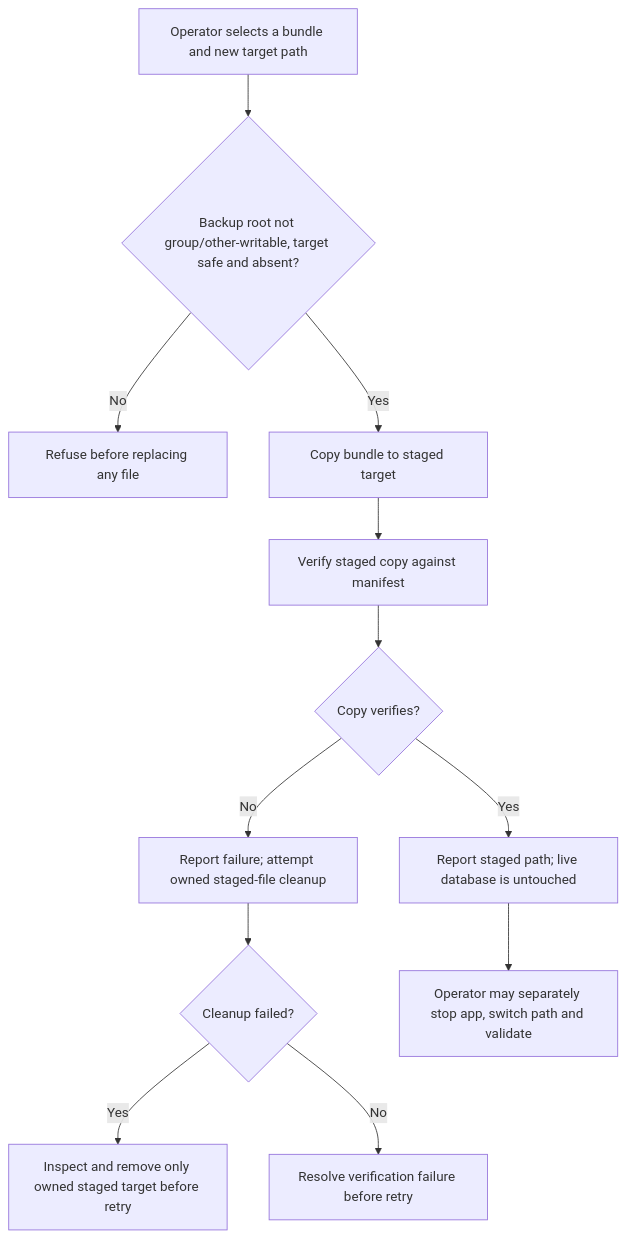
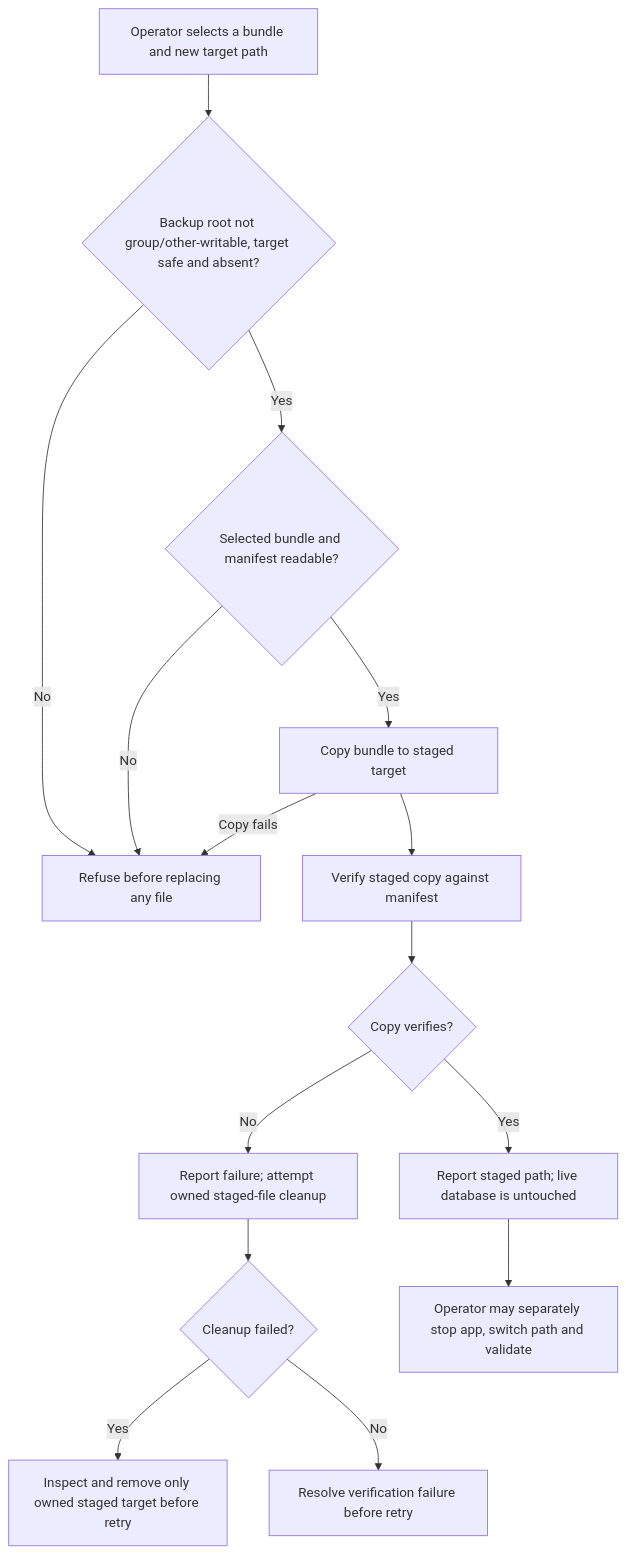
Before and after one commit to Kevinjohn/oss-adonisjs-sqlite-backup: the first of 2 diagrams in user-stories/prepare-restore/us-op-04-prepare-restore.md, drawn with Mermaid. The commit also changed other lines of this file and 12 other files, not shown here.

````diff
--- a/user-stories/prepare-restore/us-op-04-prepare-restore.md
+++ b/user-stories/prepare-restore/us-op-04-prepare-restore.md
@@ -28,14 +30,17 @@
 ```mermaid
 flowchart TD
     A["Operator selects a bundle and new target path"] --> B{"Backup root not group/other-writable, target safe and absent?"}
     B -->|No| C["Refuse before replacing any file"]
-    B -->|Yes| D["Copy bundle to staged target"]
+    B -->|Yes| S{"Selected bundle and manifest readable?"}
+    S -->|No| C
+    S -->|Yes| D["Copy bundle to staged target"]
+    D -->|Copy fails| C
     D --> E["Verify staged copy against manifest"]
     E --> F{"Copy verifies?"}
     F -->|No| G["Report failure; attempt owned staged-file cleanup"]
     G --> J{"Cleanup failed?"}
     J -->|Yes| K["Inspect and remove only owned staged target before retry"]
     J -->|No| L["Resolve verification failure before retry"]
     F -->|Yes| H["Report staged path; live database is untouched"]
     H --> I["Operator may separately stop app, switch path and validate"]
 ```
````
